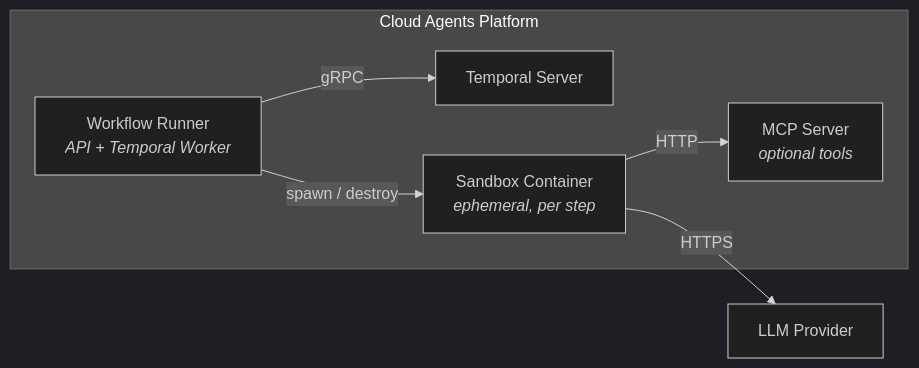
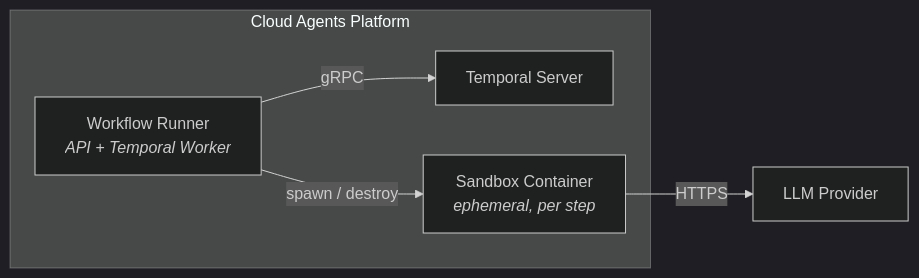
The diagram in README.md (jameswnl/lightspeed-cloud-agents), drawn with Mermaid (dark theme) before and after one commit. The commit also changed other lines of this file and 1 other file, not shown here.

````diff
--- a/README.md
+++ b/README.md
@@ -56,15 +40,13 @@
 ```mermaid
 graph LR
     subgraph cluster["Cloud Agents Platform"]
         WR["Workflow Runner<br/><i>API + Temporal Worker</i>"]
         TS["Temporal Server"]
         SB["Sandbox Container<br/><i>ephemeral, per step</i>"]
-        MCP["MCP Server<br/><i>optional tools</i>"]
     end
     LLM["LLM Provider"]
 
     WR -- "gRPC" --> TS
     WR -- "spawn / destroy" --> SB
     SB -- "HTTPS" --> LLM
-    SB -- "HTTP" --> MCP
 ```
````
